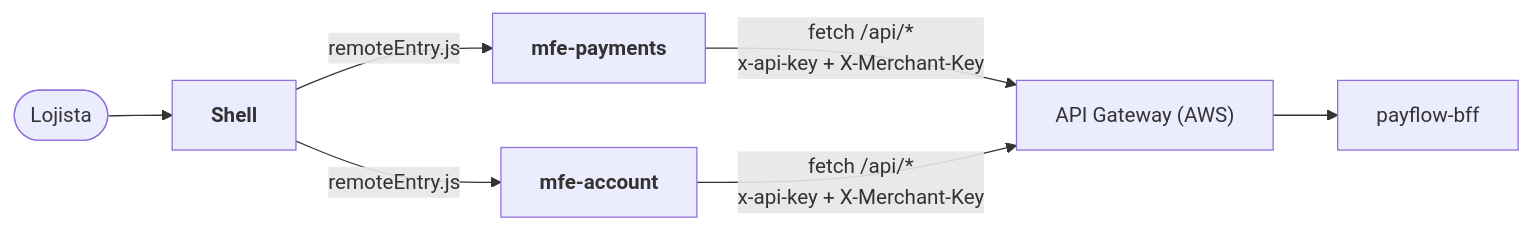
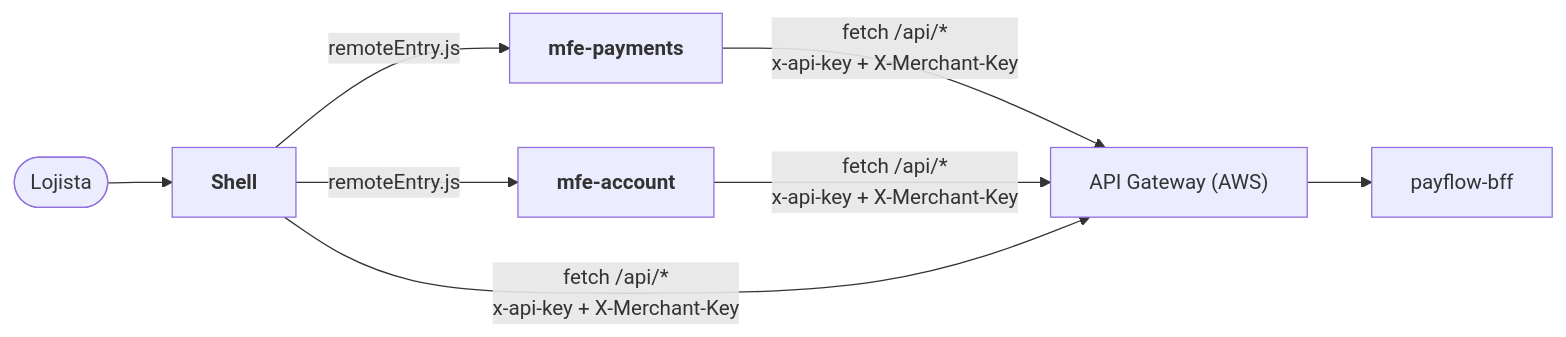
One commit to g-celente/payflow-frontend changed the diagram in README.md. Above: the diagram before and after it, drawn with Mermaid. The commit also changed other lines of this file and 115 other files, not shown here.

````diff
--- a/README.md
+++ b/README.md
@@ -29,8 +30,8 @@
 ```mermaid
 flowchart LR
     user(["Lojista"]) --> shell["<b>Shell</b>"]
     shell -- "remoteEntry.js" --> mp["<b>mfe-payments</b>"]
     shell -- "remoteEntry.js" --> ma["<b>mfe-account</b>"]
-    mp & ma -- "fetch /api/*<br/>x-api-key + X-Merchant-Key" --> gw["API Gateway (AWS)"]
+    mp & ma & shell -- "fetch /api/*<br/>x-api-key + X-Merchant-Key" --> gw["API Gateway (AWS)"]
     gw --> bff["payflow-bff"]
 ```
````
